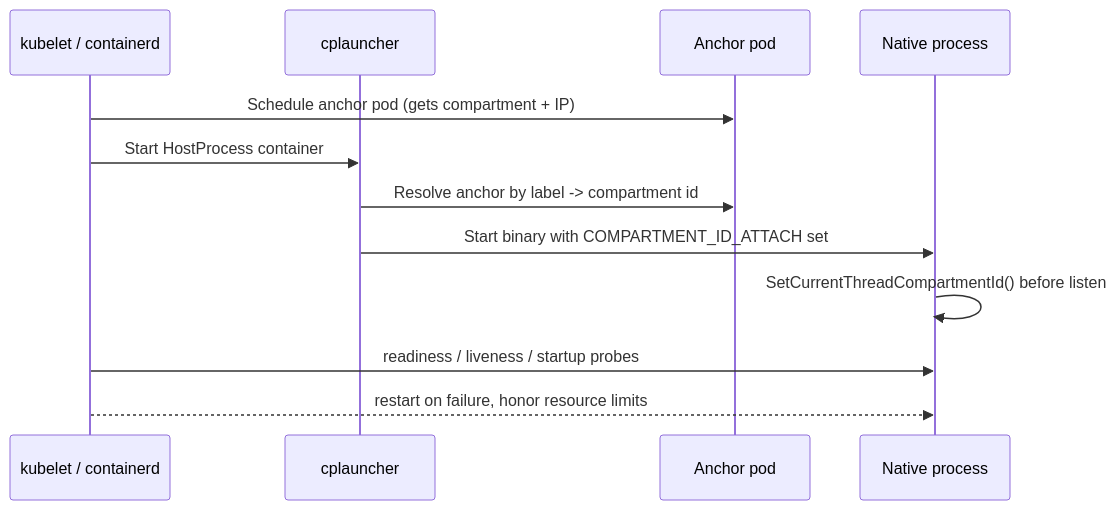
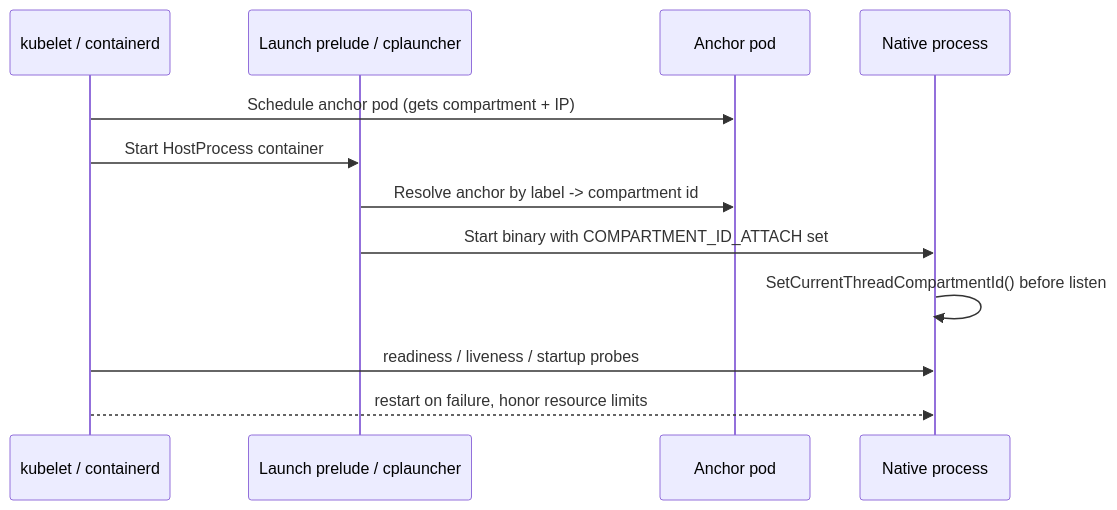
One commit to Siemens-Healthineers/K2s changed the fourth of 8 diagrams in docs/op-manual/integrating-native-processes.md. Above: the diagram before and after it, drawn with Mermaid. The commit also changed other lines of this file and 5 other files, not shown here.

````diff
--- a/docs/op-manual/integrating-native-processes.md
+++ b/docs/op-manual/integrating-native-processes.md
@@ -180,14 +184,14 @@
 ```mermaid
 sequenceDiagram
     participant K as kubelet / containerd
-    participant L as cplauncher
+    participant L as Launch prelude / cplauncher
     participant A as Anchor pod
     participant P as Native process
     K->>A: Schedule anchor pod (gets compartment + IP)
     K->>L: Start HostProcess container
     L->>A: Resolve anchor by label -> compartment id
     L->>P: Start binary with COMPARTMENT_ID_ATTACH set
     P->>P: SetCurrentThreadCompartmentId() before listen
     K->>P: readiness / liveness / startup probes
     K-->>P: restart on failure, honor resource limits
 ```
````
